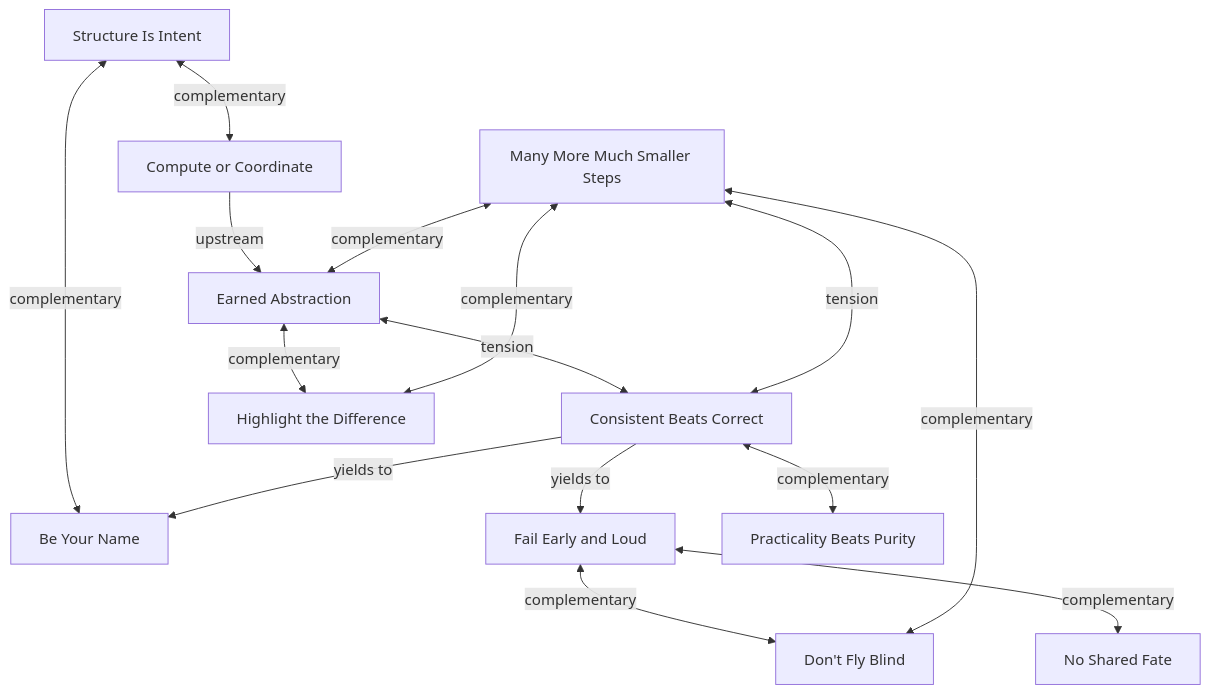
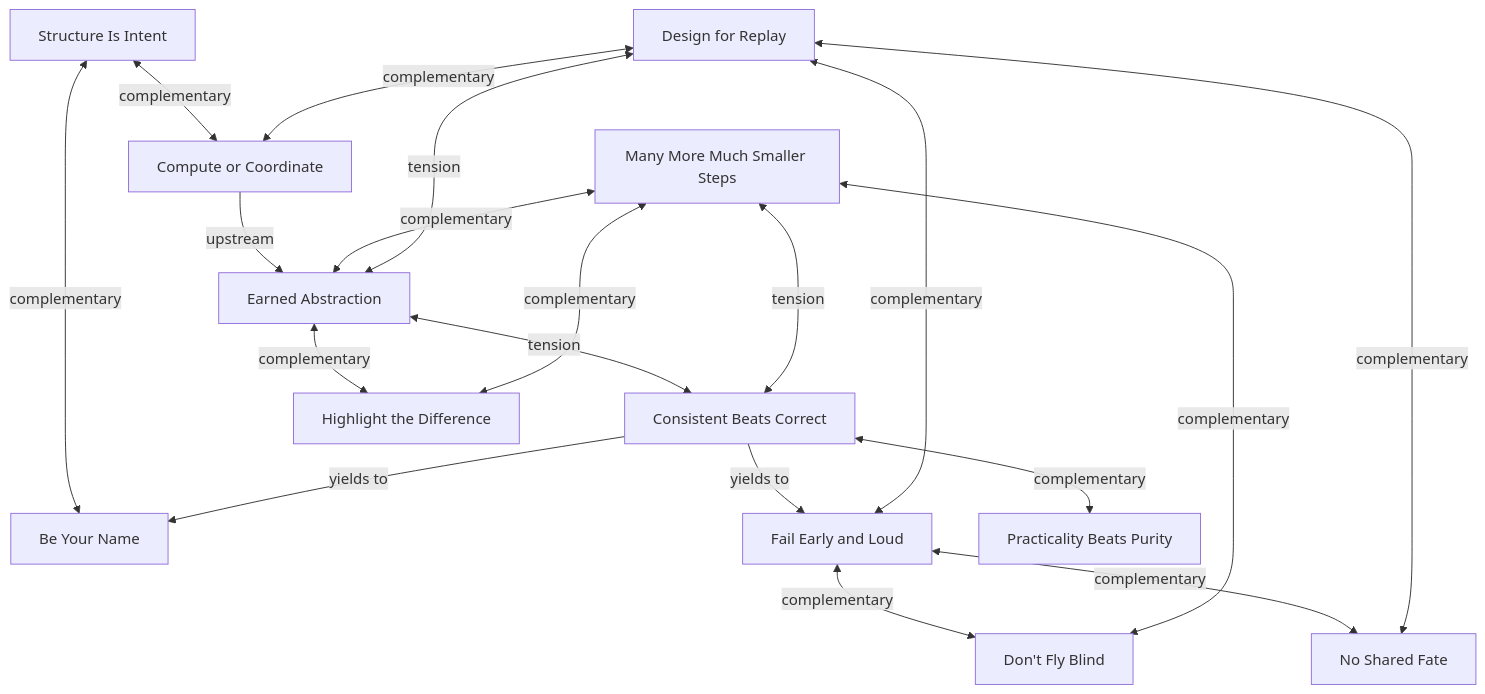
One commit to gaqzi/bjornstack changed the diagram in tenets/RELATIONSHIPS.md. Above: the diagram before and after it, drawn with Mermaid. The commit also changed other lines of this file and 6 other files, not shown here.

First line of the commit message:
Add the Design for Replay tenet (bs-ejw)

````diff
--- a/tenets/RELATIONSHIPS.md
+++ b/tenets/RELATIONSHIPS.md
@@ -9,17 +9,21 @@
 ```mermaid
 graph TD
     SII["Structure Is Intent"] <-->|complementary| BYN["Be Your Name"]
     SII <-->|complementary| CoC["Compute or Coordinate"]
     CoC -->|upstream| EA["Earned Abstraction"]
     EA <-->|tension| CBC["Consistent Beats Correct"]
     EA <-->|complementary| HTD["Highlight the Difference"]
     CBC -->|yields to| FEAL["Fail Early and Loud"]
     CBC -->|yields to| BYN
     CBC <-->|complementary| PBP["Practicality Beats Purity"]
     FEAL <-->|complementary| DFB["Don't Fly Blind"]
     FEAL <-->|complementary| NSF["No Shared Fate"]
     MMMSS["Many More Much Smaller Steps"] <-->|complementary| DFB
     MMMSS <-->|complementary| HTD
     MMMSS <-->|tension| CBC
     MMMSS <-->|complementary| EA
+    DfR["Design for Replay"] <-->|complementary| FEAL
+    DfR <-->|complementary| NSF
+    DfR <-->|complementary| CoC
+    DfR <-->|tension| EA
 ```
````
